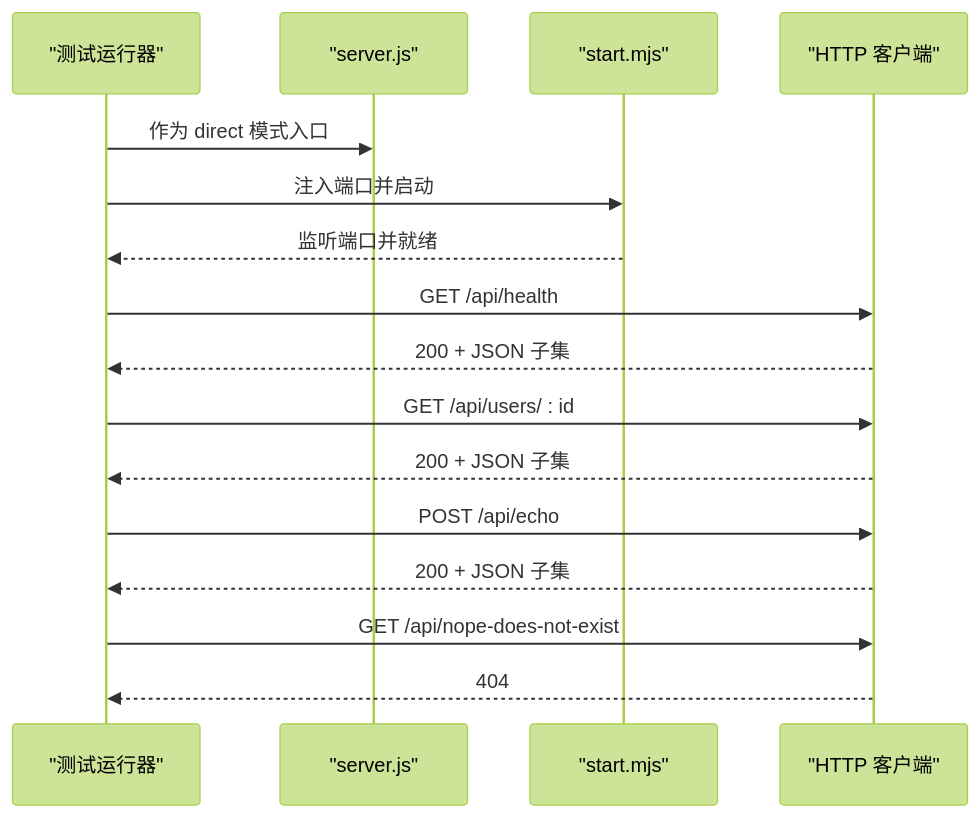
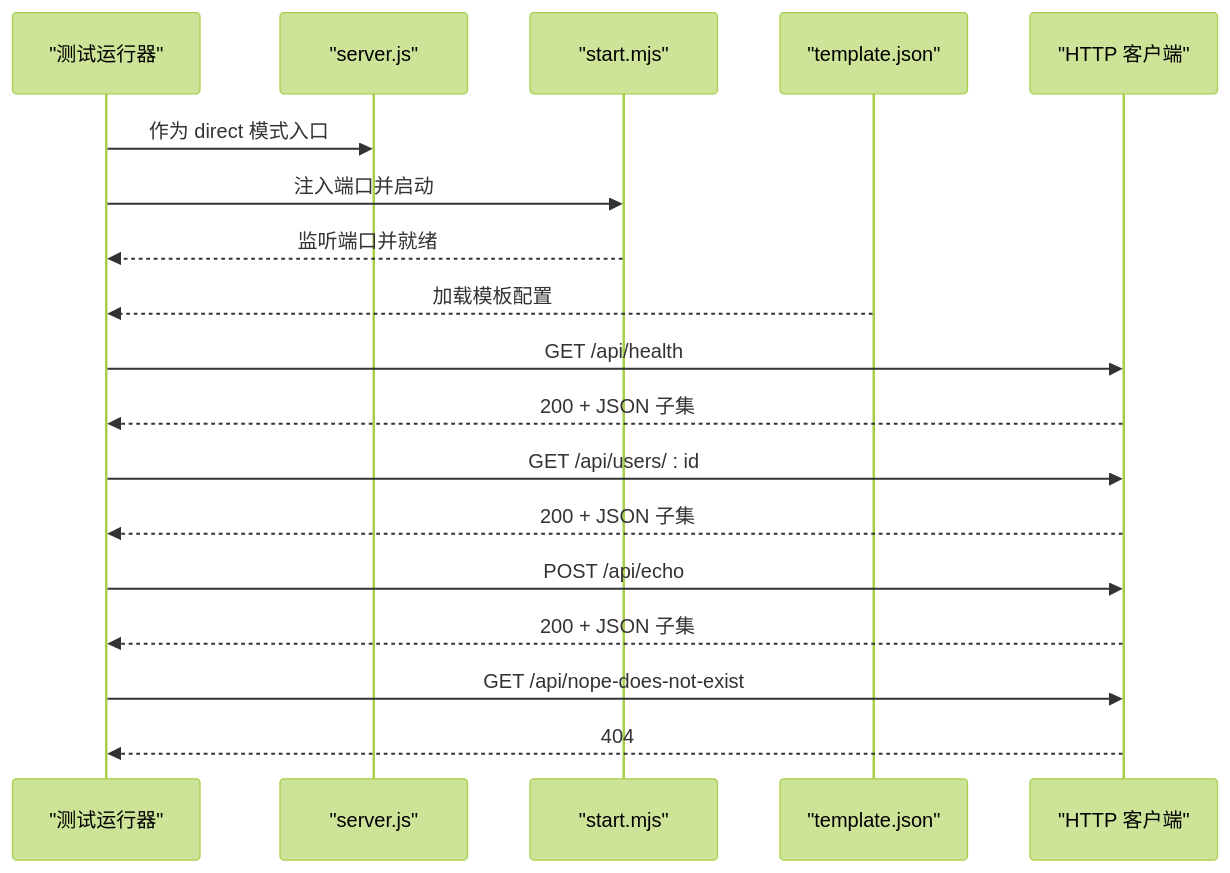
Before and after one commit to esa-sp/test-for-aone-ci: the fourth of 8 diagrams in .qoder/repowiki/zh/content/后端框架测试/后端框架测试套件.md, drawn with Mermaid (forest theme). The commit also changed other lines of this file and 58 other files, not shown here.

````diff
--- a/.qoder/repowiki/zh/content/后端框架测试/后端框架测试套件.md
+++ b/.qoder/repowiki/zh/content/后端框架测试/后端框架测试套件.md
@@ -173,18 +241,20 @@
 ```mermaid
 sequenceDiagram
 participant Runner as "测试运行器"
 participant Entry as "server.js"
 participant StartMJS as "start.mjs"
+participant Template as "template.json"
 participant HTTP as "HTTP 客户端"
 Runner->>Entry : 作为 direct 模式入口
 Runner->>StartMJS : 注入端口并启动
 StartMJS-->>Runner : 监听端口并就绪
+Template-->>Runner : 加载模板配置
 Runner->>HTTP : GET /api/health
 HTTP-->>Runner : 200 + JSON 子集
 Runner->>HTTP : GET /api/users/ : id
 HTTP-->>Runner : 200 + JSON 子集
 Runner->>HTTP : POST /api/echo
 HTTP-->>Runner : 200 + JSON 子集
 Runner->>HTTP : GET /api/nope-does-not-exist
 HTTP-->>Runner : 404
 ```
````
